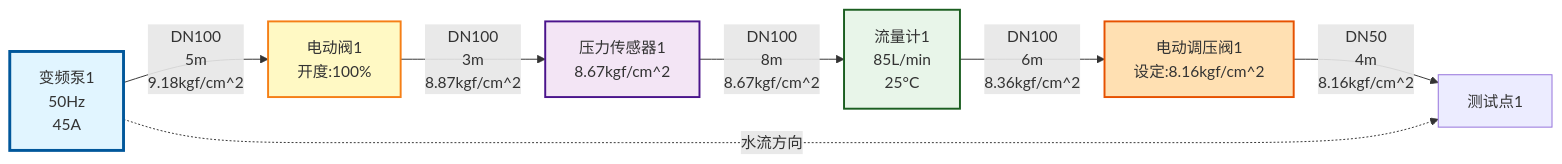
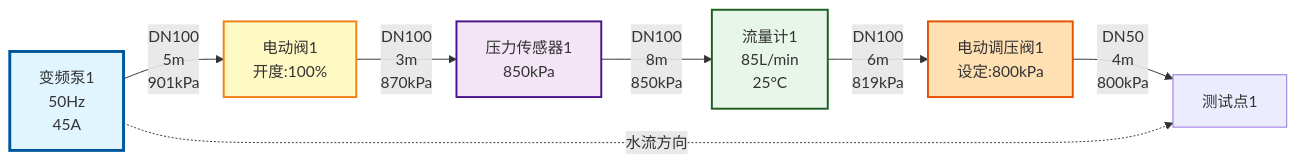
The first of 2 diagrams in docs/PhysicalPipeline.md (mecluswang-sys/waterTestSystem), drawn with Mermaid before and after one commit. The commit also changed other lines of this file and 15 other files, not shown here.

Commit message:
Refine flow animation and data logging

````diff
--- a/docs/PhysicalPipeline.md
+++ b/docs/PhysicalPipeline.md
@@ -9,26 +9,26 @@
 ```mermaid
 graph LR
     %% 定义样式
     classDef pumpStyle fill:#e1f5ff,stroke:#01579b,stroke-width:3px
     classDef valveStyle fill:#fff9c4,stroke:#f57f17,stroke-width:2px
     classDef sensorStyle fill:#f3e5f5,stroke:#4a148c,stroke-width:2px
     classDef meterStyle fill:#e8f5e9,stroke:#1b5e20,stroke-width:2px
     classDef regValveStyle fill:#ffe0b2,stroke:#e65100,stroke-width:2px
 
     %% 主回路1
     P1[变频泵1<br/>50Hz<br/>45A]:::pumpStyle
     V1[电动阀1<br/>开度:100%]:::valveStyle
-   PS1[压力传感器1<br/>8.67kgf/cm^2]:::sensorStyle
+   PS1[压力传感器1<br/>850kPa]:::sensorStyle
     FM1[流量计1<br/>85L/min<br/>25°C]:::meterStyle
-   RV1[电动调压阀1<br/>设定:8.16kgf/cm^2]:::regValveStyle
+   RV1[电动调压阀1<br/>设定:800kPa]:::regValveStyle
     TP1[测试点1]
 
-   P1 -->|DN100<br/>5m<br/>9.18kgf/cm^2| V1
-   V1 -->|DN100<br/>3m<br/>8.87kgf/cm^2| PS1
-   PS1 -->|DN100<br/>8m<br/>8.67kgf/cm^2| FM1
-   FM1 -->|DN100<br/>6m<br/>8.36kgf/cm^2| RV1
-   RV1 -->|DN50<br/>4m<br/>8.16kgf/cm^2| TP1
+   P1 -->|DN100<br/>5m<br/>901kPa| V1
+   V1 -->|DN100<br/>3m<br/>870kPa| PS1
+   PS1 -->|DN100<br/>8m<br/>850kPa| FM1
+   FM1 -->|DN100<br/>6m<br/>819kPa| RV1
+   RV1 -->|DN50<br/>4m<br/>800kPa| TP1
 
     %% 标注水流方向
     P1 -.水流方向.-> TP1
 ```
````
